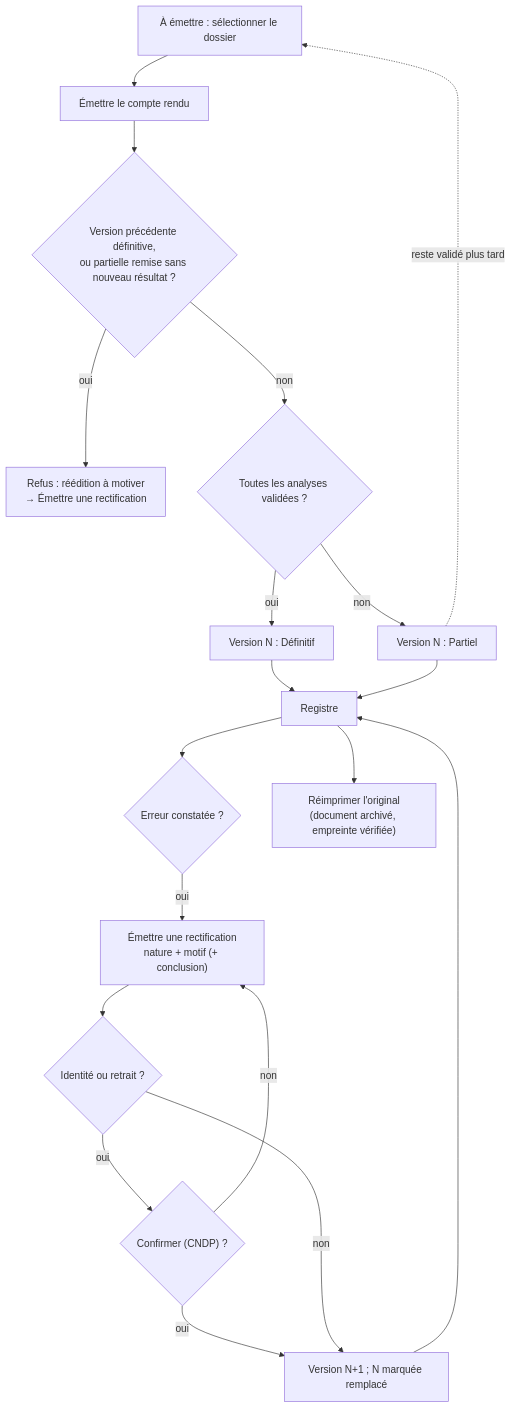
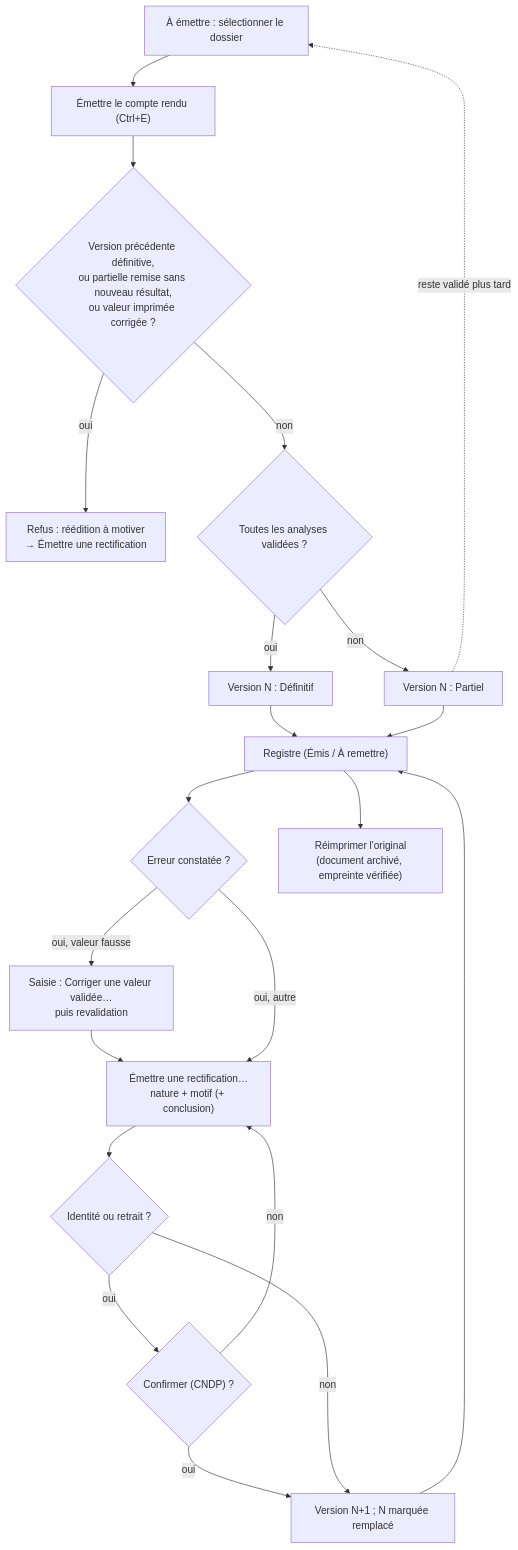
One commit to J4dJad/MarocLis changed the ninth of 10 diagrams in docs/manuel/03-analytique-comptes-rendus.md. Above: the diagram before and after it, drawn with Mermaid. The commit also changed other lines of this file and 3 other files, not shown here.

````diff
--- a/docs/manuel/03-analytique-comptes-rendus.md
+++ b/docs/manuel/03-analytique-comptes-rendus.md
@@ -489,21 +637,23 @@
 ```mermaid
 flowchart TD
-    A["À émettre : sélectionner le dossier"] --> B["Émettre le compte rendu"]
-    B --> C{"Version précédente définitive,<br/>ou partielle remise sans nouveau résultat ?"}
+    A["À émettre : sélectionner le dossier"] --> B["Émettre le compte rendu (Ctrl+E)"]
+    B --> C{"Version précédente définitive,<br/>ou partielle remise sans nouveau résultat,<br/>ou valeur imprimée corrigée ?"}
     C -- "oui" --> C1["Refus : réédition à motiver<br/>→ Émettre une rectification"]
     C -- "non" --> D{"Toutes les analyses validées ?"}
     D -- "non" --> E["Version N : Partiel"]
     D -- "oui" --> F["Version N : Définitif"]
     E -. "reste validé plus tard" .-> A
-    F --> G["Registre"]
+    F --> G["Registre (Émis / À remettre)"]
     E --> G
     G --> H{"Erreur constatée ?"}
-    H -- "oui" --> I["Émettre une rectification<br/>nature + motif (+ conclusion)"]
+    H -- "oui, valeur fausse" --> H1["Saisie : Corriger une valeur validée…<br/>puis revalidation"]
+    H1 --> I
+    H -- "oui, autre" --> I["Émettre une rectification…<br/>nature + motif (+ conclusion)"]
     I --> J{"Identité ou retrait ?"}
     J -- "oui" --> J1{"Confirmer (CNDP) ?"}
     J1 -- "non" --> I
     J1 -- "oui" --> K
     J -- "non" --> K["Version N+1 ; N marquée remplacé"]
     K --> G
     G --> L["Réimprimer l'original<br/>(document archivé, empreinte vérifiée)"]
 ```
````
